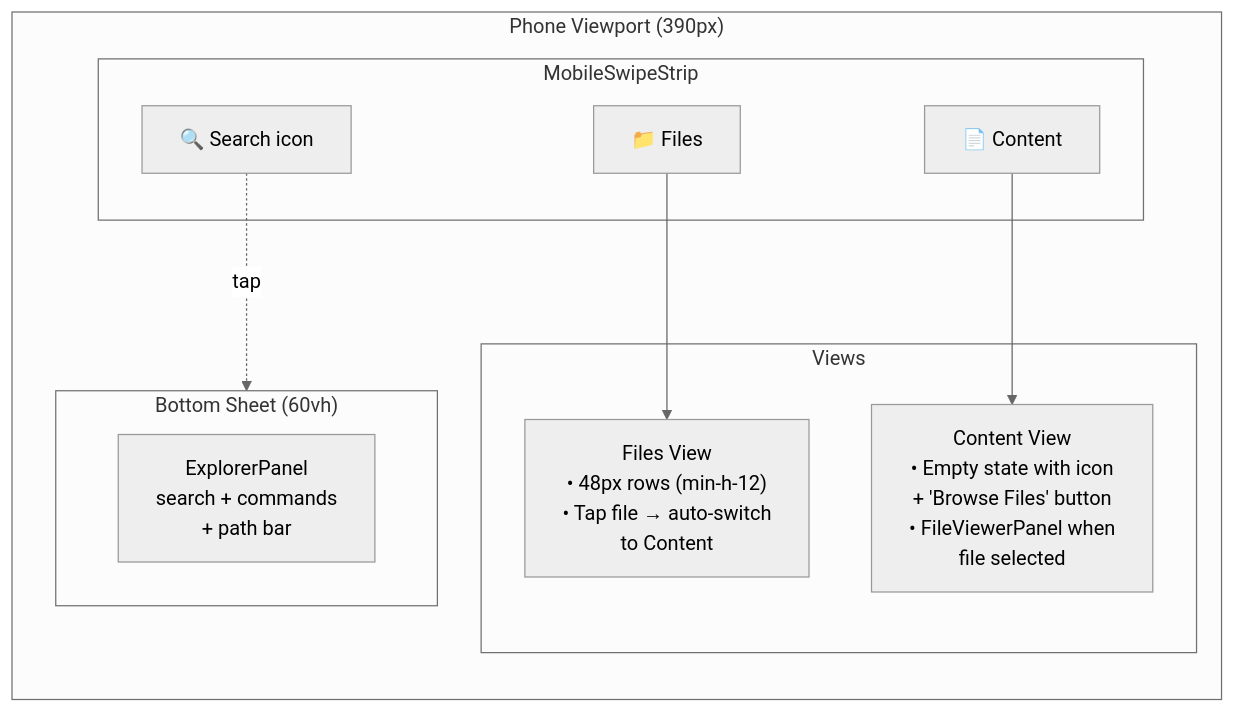
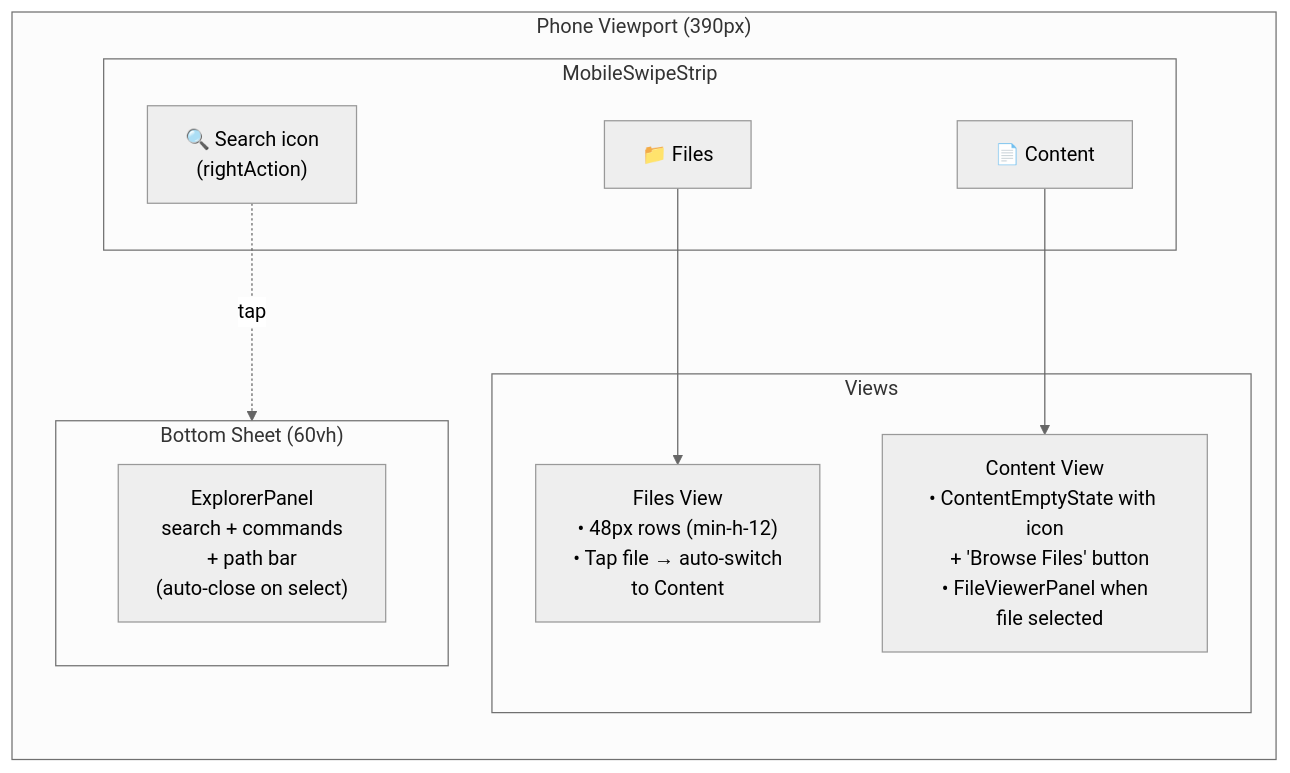
The third of 3 diagrams in docs/plans/078-mobile-experience/tasks/phase-3-browser-mobile-ux/tasks.fltplan.md (AI-Substrate/chainglass), drawn with Mermaid (neutral theme) before and after one commit. The commit also changed other lines of this file and 5 other files, not shown here.

````diff
--- a/docs/plans/078-mobile-experience/tasks/phase-3-browser-mobile-ux/tasks.fltplan.md
+++ b/docs/plans/078-mobile-experience/tasks/phase-3-browser-mobile-ux/tasks.fltplan.md
@@ -41,20 +100,20 @@
 ```mermaid
 flowchart LR
     subgraph Mobile["Phone Viewport (390px)"]
         subgraph SwipeStrip["MobileSwipeStrip"]
             F["📁 Files"]
             C["📄 Content"]
-            S["🔍 Search icon"]
+            S["🔍 Search icon<br/>(rightAction)"]
         end
         subgraph Views["Views"]
             FV["Files View<br/>• 48px rows (min-h-12)<br/>• Tap file → auto-switch<br/>  to Content"]
-            CV["Content View<br/>• Empty state with icon<br/>  + 'Browse Files' button<br/>• FileViewerPanel when<br/>  file selected"]
+            CV["Content View<br/>• ContentEmptyState with icon<br/>  + 'Browse Files' button<br/>• FileViewerPanel when<br/>  file selected"]
         end
         subgraph Sheet["Bottom Sheet (60vh)"]
-            EP["ExplorerPanel<br/>search + commands<br/>+ path bar"]
+            EP["ExplorerPanel<br/>search + commands<br/>+ path bar<br/>(auto-close on select)"]
         end
         F --> FV
         C --> CV
         S -.->|tap| Sheet
     end
 ```
````
